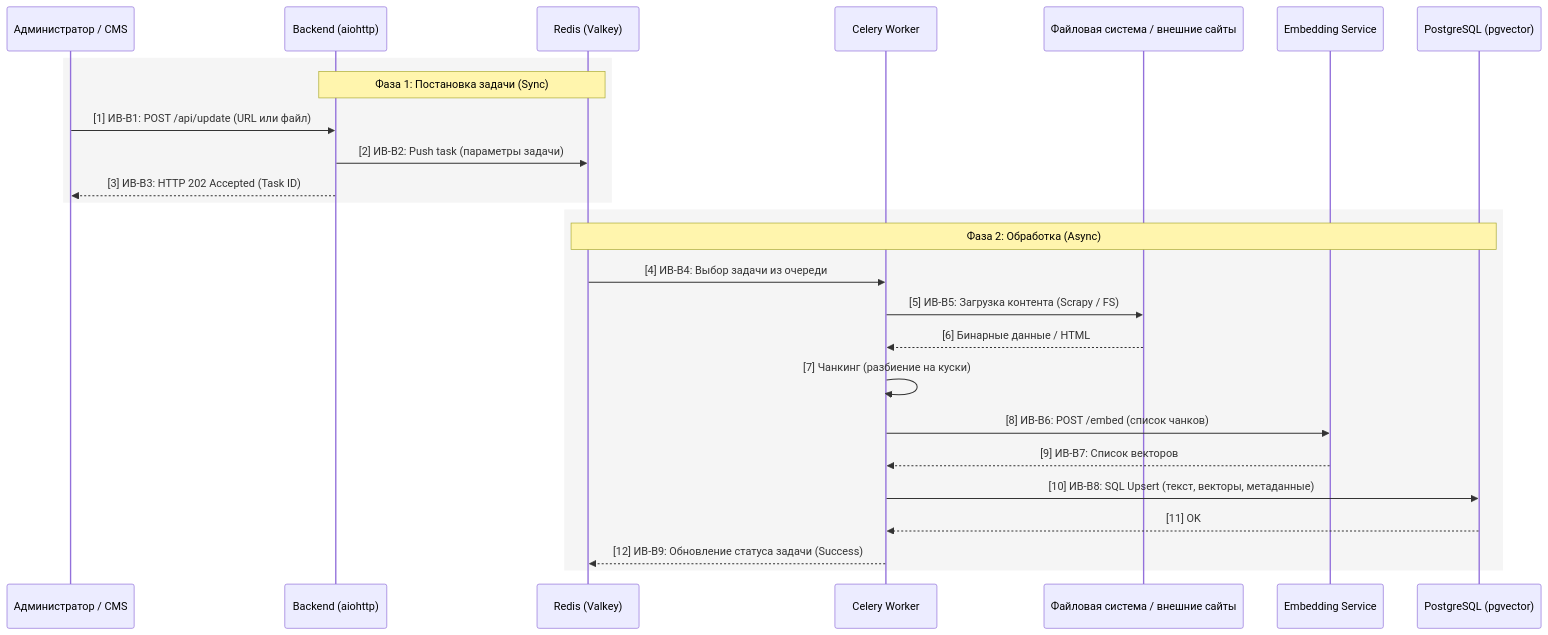
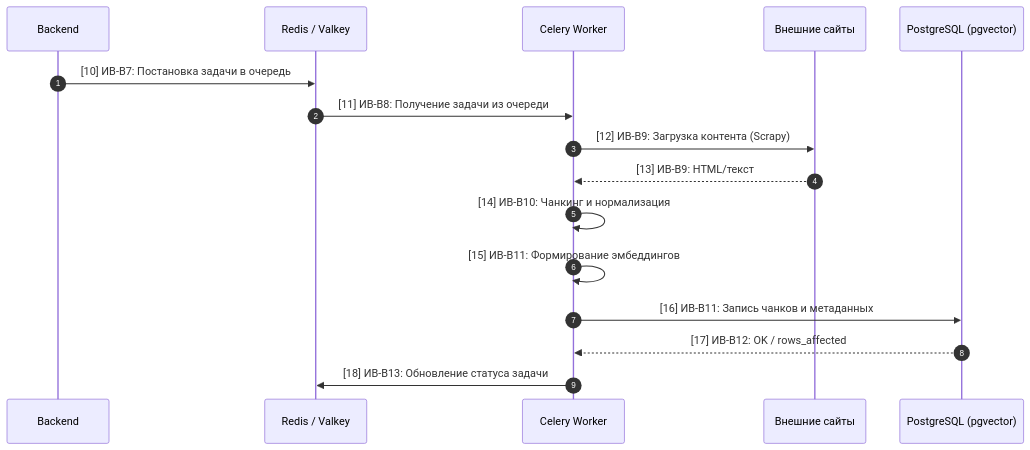
One commit to xen/vchat changed the seventh of 9 diagrams in docs/01_architecture_specification_comments.md. Above: the diagram before and after it, drawn with Mermaid. The commit also changed other lines of this file and 6 other files, not shown here.

Commit message:
refactor: update architecture documentation for clarity and consistency

````diff
--- a/docs/01_architecture_specification_comments.md
+++ b/docs/01_architecture_specification_comments.md
@@ -226,30 +267,19 @@
 ```mermaid
 sequenceDiagram
-    participant A as Администратор / CMS
-    participant B as Backend (aiohttp)
-    participant R as Redis (Valkey)
+    autonumber
+    participant B as Backend
+    participant R as Redis / Valkey
     participant C as Celery Worker
-    participant F as Файловая система / внешние сайты
-    participant E as Embedding Service
+    participant F as Внешние сайты
     participant P as PostgreSQL (pgvector)
 
-    rect rgb(245, 245, 245)
-        Note over B,R: Фаза 1: Постановка задачи (Sync)
-        A->>B: [1] ИВ-B1: POST /api/update (URL или файл)
-        B->>R: [2] ИВ-B2: Push task (параметры задачи)
-        B-->>A: [3] ИВ-B3: HTTP 202 Accepted (Task ID)
-    end
-
-    rect rgb(245, 245, 245)
-        Note over R,P: Фаза 2: Обработка (Async)
-        R->>C: [4] ИВ-B4: Выбор задачи из очереди
-        C->>F: [5] ИВ-B5: Загрузка контента (Scrapy / FS)
-        F-->>C: [6] Бинарные данные / HTML
-        C->>C: [7] Чанкинг (разбиение на куски)
-        C->>E: [8] ИВ-B6: POST /embed (список чанков)
-        E-->>C: [9] ИВ-B7: Список векторов
-        C->>P: [10] ИВ-B8: SQL Upsert (текст, векторы, метаданные)
-        P-->>C: [11] OK
-        C-->>R: [12] ИВ-B9: Обновление статуса задачи (Success)
-    end
+    B->>R: [10] ИВ-B7: Постановка задачи в очередь
+    R->>C: [11] ИВ-B8: Получение задачи из очереди
+    C->>F: [12] ИВ-B9: Загрузка контента (Scrapy)
+    F-->>C: [13] ИВ-B9: HTML/текст
+    C->>C: [14] ИВ-B10: Чанкинг и нормализация
+    C->>C: [15] ИВ-B11: Формирование эмбеддингов
+    C->>P: [16] ИВ-B11: Запись чанков и метаданных
+    P-->>C: [17] ИВ-B12: OK / rows_affected
+    C->>R: [18] ИВ-B13: Обновление статуса задачи
 ```
````
